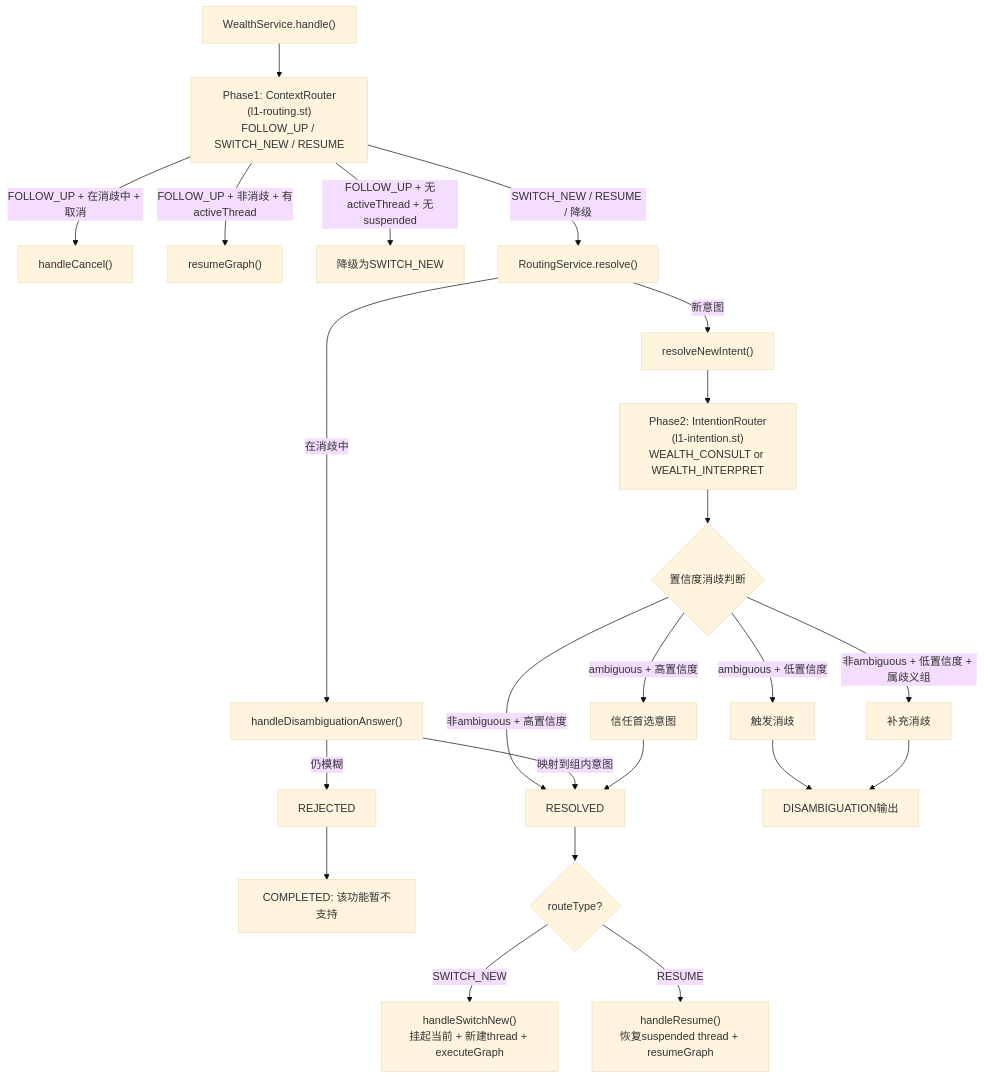
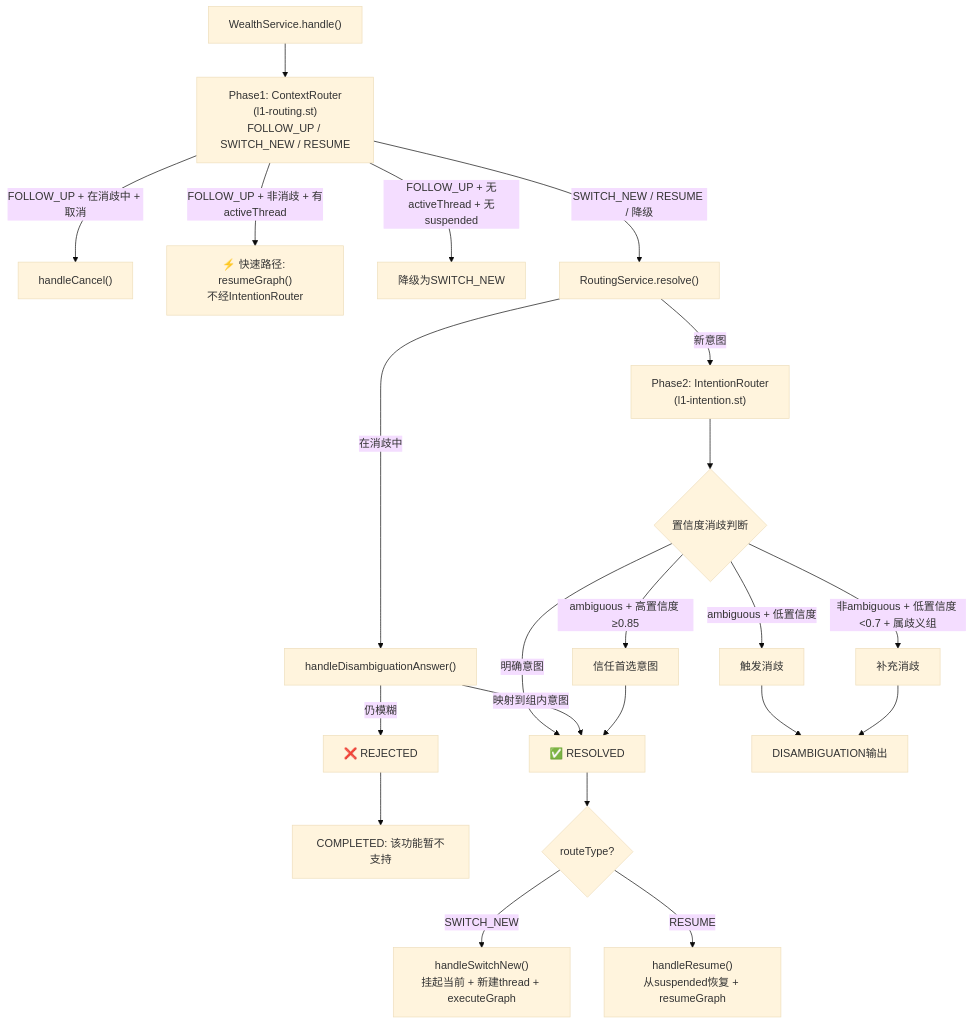
Before and after one commit to michael-lin-45/mobile-ai-bank-demo---workbuddy: the fifth of 22 diagrams in ARCHITECTURE-FULL.md, drawn with Mermaid (base theme). The commit also changed other lines of this file and 30 other files, not shown here.

````diff
--- a/ARCHITECTURE-FULL.md
+++ b/ARCHITECTURE-FULL.md
@@ -299,32 +209,30 @@
 ```mermaid
 flowchart TD
     INPUT["WealthService.handle()"] --> P1["Phase1: ContextRouter<br/>(l1-routing.st)<br/>FOLLOW_UP / SWITCH_NEW / RESUME"]
     
     P1 -->|"FOLLOW_UP + 在消歧中 + 取消"| CANCEL["handleCancel()"]
-    P1 -->|"FOLLOW_UP + 非消歧 + 有activeThread"| RESUME_G["resumeGraph()"]
+    P1 -->|"FOLLOW_UP + 非消歧 + 有activeThread"| RESUME_FAST["⚡ 快速路径: resumeGraph()<br/>不经IntentionRouter"]
     P1 -->|"FOLLOW_UP + 无activeThread + 无suspended"| FALLBACK["降级为SWITCH_NEW"]
     P1 -->|"SWITCH_NEW / RESUME / 降级"| RS["RoutingService.resolve()"]
     
     RS -->|"在消歧中"| DISAMBIG_ANS["handleDisambiguationAnswer()"]
-    RS -->|"新意图"| NEW_INTENT["resolveNewIntent()"]
+    RS -->|"新意图"| P2_FLOW["Phase2: IntentionRouter<br/>(l1-intention.st)"]
     
-    NEW_INTENT --> P2["Phase2: IntentionRouter<br/>(l1-intention.st)<br/>WEALTH_CONSULT or WEALTH_INTERPRET"]
-    P2 --> DISAMBIG_CHECK{"置信度消歧判断"}
+    P2_FLOW --> DISAMBIG_CHECK{"置信度消歧判断"}
     DISAMBIG_CHECK -->|"ambiguous + 低置信度"| TRIGGER_DIS["触发消歧"]
-    DISAMBIG_CHECK -->|"ambiguous + 高置信度"| TRUST["信任首选意图"]
-    DISAMBIG_CHECK -->|"非ambiguous + 低置信度 + 属歧义组"| SUPP_DIS["补充消歧"]
-    DISAMBIG_CHECK -->|"非ambiguous + 高置信度"| RESOLVED["RESOLVED"]
+    DISAMBIG_CHECK -->|"ambiguous + 高置信度 ≥0.85"| TRUST["信任首选意图"]
+    DISAMBIG_CHECK -->|"非ambiguous + 低置信度 <0.7 + 属歧义组"| SUPP_DIS["补充消歧"]
+    DISAMBIG_CHECK -->|"明确意图"| RESOLVED["✅ RESOLVED"]
     
     DISAMBIG_ANS -->|"映射到组内意图"| RESOLVED
-    DISAMBIG_ANS -->|"仍模糊"| REJECTED["REJECTED"]
+    DISAMBIG_ANS -->|"仍模糊"| REJECTED["❌ REJECTED"]
     
     TRIGGER_DIS --> DISAMBIG_OUT["DISAMBIGUATION输出"]
     SUPP_DIS --> DISAMBIG_OUT
     REJECTED --> REJECT_OUT["COMPLETED: 该功能暂不支持"]
+    TRUST --> RESOLVED
     
     RESOLVED --> EXEC{"routeType?"}
     EXEC -->|"SWITCH_NEW"| SWITCH["handleSwitchNew()<br/>挂起当前 + 新建thread + executeGraph"]
-    EXEC -->|"RESUME"| RESUME_S["handleResume()<br/>恢复suspended thread + resumeGraph"]
-    
-    TRUST --> RESOLVED
+    EXEC -->|"RESUME"| RESUME_S["handleResume()<br/>从suspended恢复 + resumeGraph"]
 ```
````
